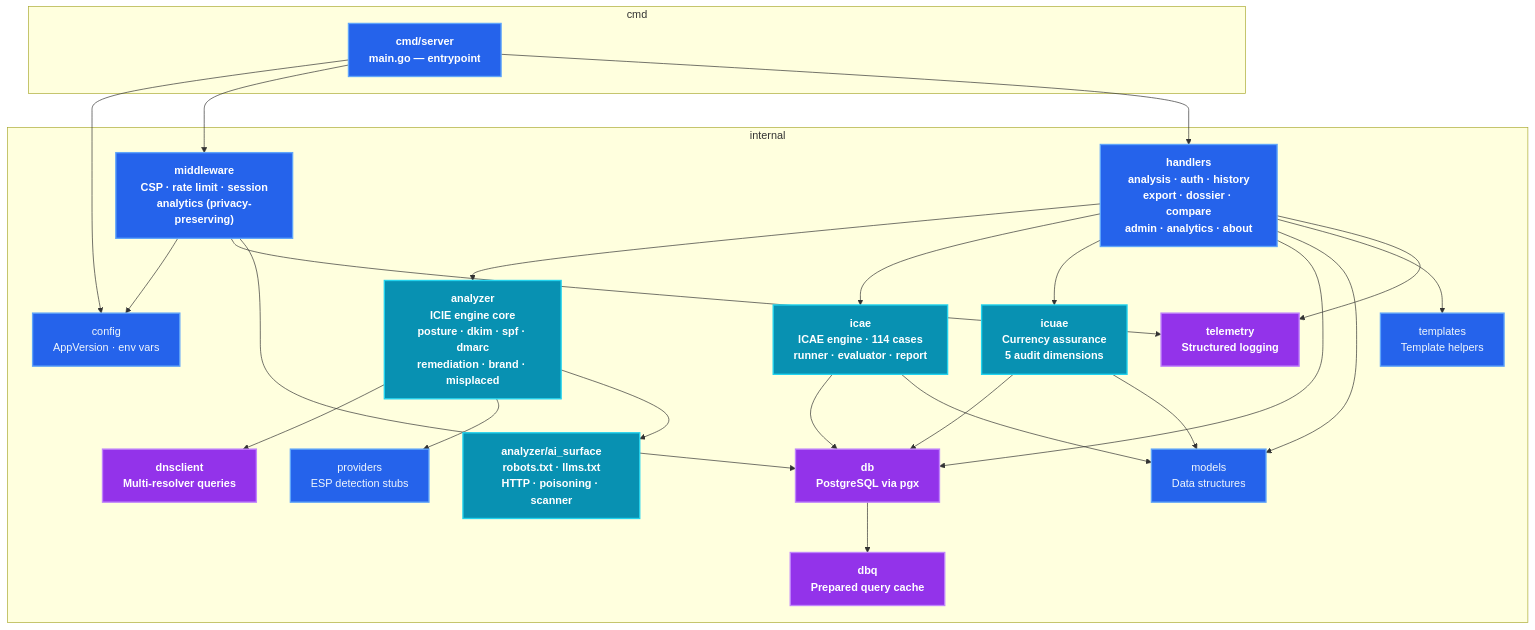
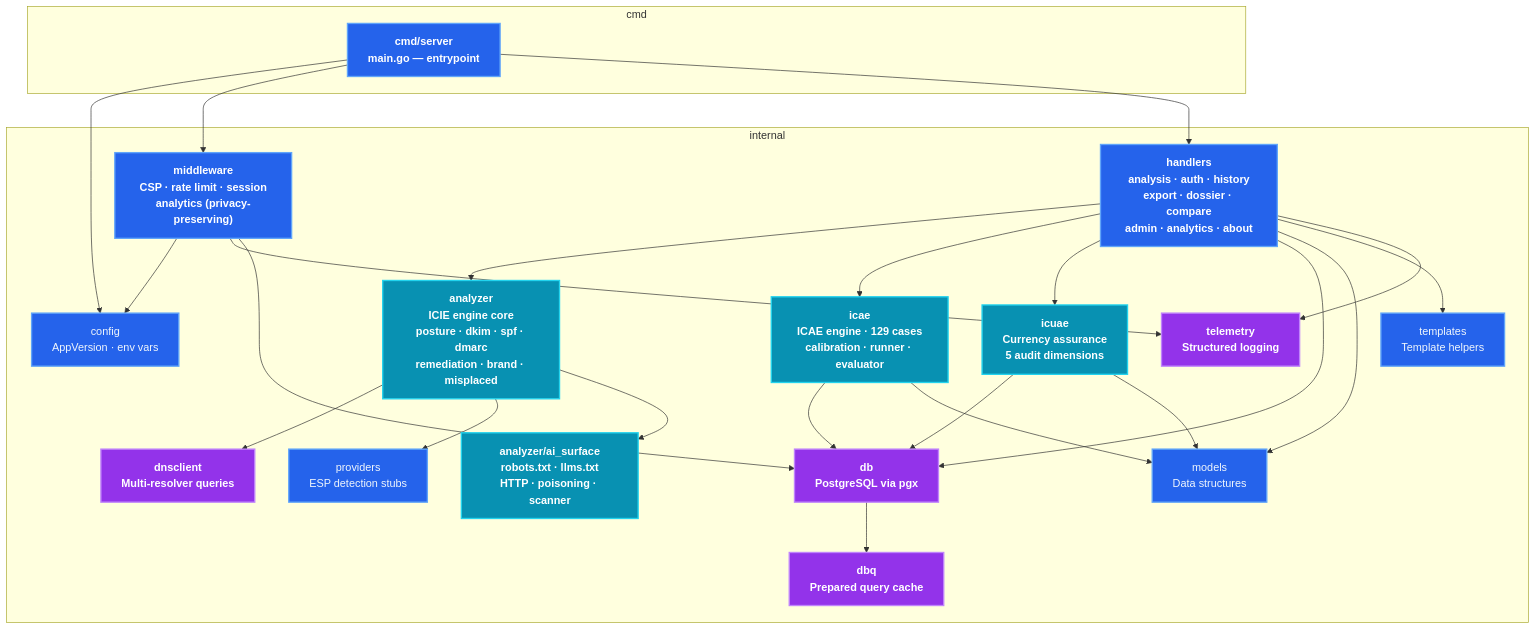
The eighth of 11 diagrams in docs/architecture/SYSTEM_ARCHITECTURE.md (IT-Help-San-Diego/off-site-backup), drawn with Mermaid before and after one commit. The commit also changed other lines of this file and 718 other files, not shown here.

````diff
--- a/docs/architecture/SYSTEM_ARCHITECTURE.md
+++ b/docs/architecture/SYSTEM_ARCHITECTURE.md
@@ -469,41 +471,41 @@
 ```mermaid
 graph TB
     subgraph "cmd"
         Server["cmd/server<br/>main.go — entrypoint"]
     end
 
     subgraph "internal"
         Config["config<br/>AppVersion · env vars"]
         Middleware["middleware<br/>CSP · rate limit · session<br/>analytics (privacy-preserving)"]
         Handlers["handlers<br/>analysis · auth · history<br/>export · dossier · compare<br/>admin · analytics · about"]
         Analyzer["analyzer<br/>ICIE engine core<br/>posture · dkim · spf · dmarc<br/>remediation · brand · misplaced"]
         AISurface["analyzer/ai_surface<br/>robots.txt · llms.txt<br/>HTTP · poisoning · scanner"]
-        ICAE2["icae<br/>ICAE engine · 114 cases<br/>runner · evaluator · report"]
+        ICAE2["icae<br/>ICAE engine · 129 cases<br/>calibration · runner · evaluator"]
         ICuAE2["icuae<br/>Currency assurance<br/>5 audit dimensions"]
         DNSClient2["dnsclient<br/>Multi-resolver queries"]
         DB2["db<br/>PostgreSQL via pgx"]
         DBQ["dbq<br/>Prepared query cache"]
         Models["models<br/>Data structures"]
         Providers["providers<br/>ESP detection stubs"]
         Telemetry["telemetry<br/>Structured logging"]
         Templates3["templates<br/>Template helpers"]
     end
 
     Server --> Config & Middleware & Handlers
     Handlers --> Analyzer & ICAE2 & ICuAE2 & DB2 & Models & Templates3
     Analyzer --> DNSClient2 & Providers & AISurface
     ICAE2 --> DB2 & Models
     ICuAE2 --> DB2 & Models
     Handlers --> Telemetry
     DB2 --> DBQ
     Middleware --> Config & Telemetry & DB2
 
     classDef default fill:#2563eb,stroke:#60a5fa,stroke-width:2px,color:#f0f6fc
     classDef core fill:#2563eb,stroke:#60a5fa,stroke-width:2px,color:#fff,font-weight:bold
     classDef engine fill:#0891b2,stroke:#22d3ee,stroke-width:2px,color:#fff,font-weight:bold
     classDef infra fill:#9333ea,stroke:#c084fc,stroke-width:2px,color:#fff,font-weight:bold
     class Analyzer,AISurface,ICAE2,ICuAE2 engine
     class Server,Handlers,Middleware core
     class DB2,DBQ,DNSClient2,Telemetry infra
     class Config,Models,Providers,Templates3 default
 ```
````
